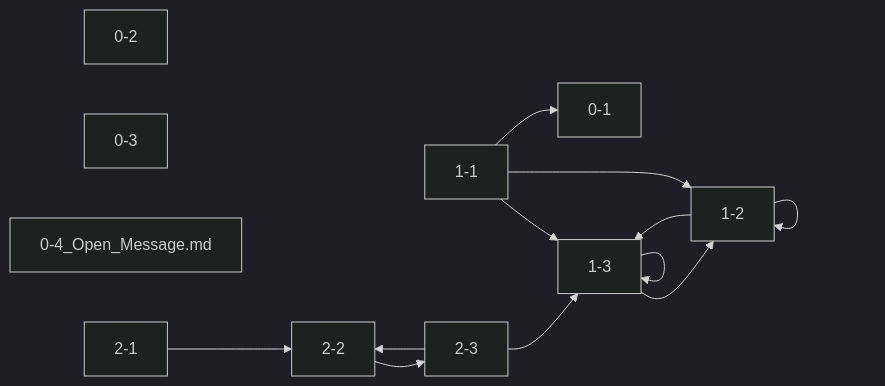
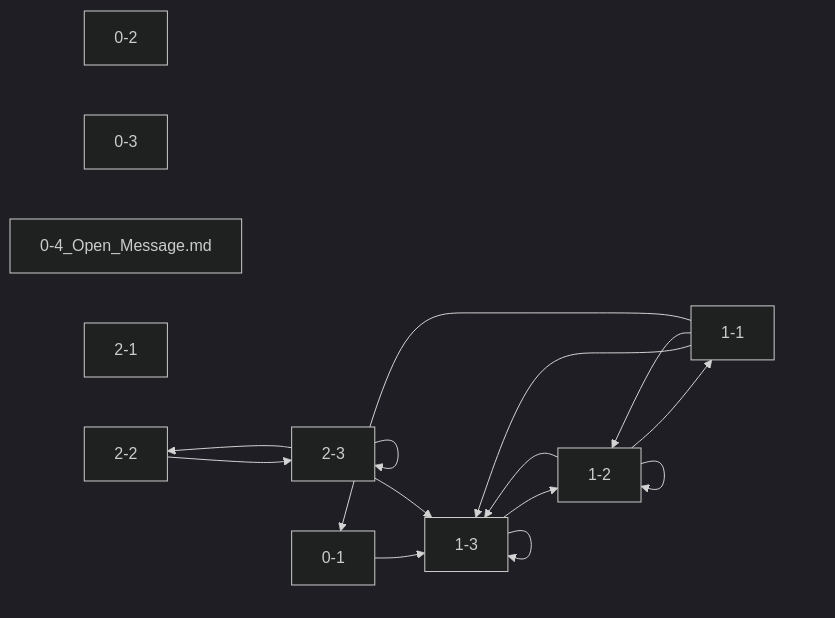
One commit to formkk/Ashport_Ourdream changed the diagram in tools/ref_graph.mmd. Above: the diagram before and after it, drawn with Mermaid (dark theme). The commit also changed 21 other files, not shown here.

```diff
--- a/tools/ref_graph.mmd
+++ b/tools/ref_graph.mmd
@@ -1,25 +1,27 @@
 graph LR
     0-1["0-1"]
     0-2["0-2"]
     0-3["0-3"]
     0-4_Open_Message.md["0-4_Open_Message.md"]
     1-1["1-1"]
     1-2["1-2"]
     1-3["1-3"]
     2-1["2-1"]
     2-2["2-2"]
     2-3["2-3"]
 
+    0-1 --> 1-3
     1-1 --> 1-3
     1-1 --> 1-2
     1-1 --> 0-1
     1-2 --> 1-3
     1-2 --> 1-2
+    1-2 --> 1-1
     1-3 --> 1-3
     1-3 --> 1-2
-    2-1 --> 2-2
     2-2 --> 2-3
     2-3 --> 2-2
+    2-3 --> 2-3
     2-3 --> 1-3
 
 %% 断链引用
```
